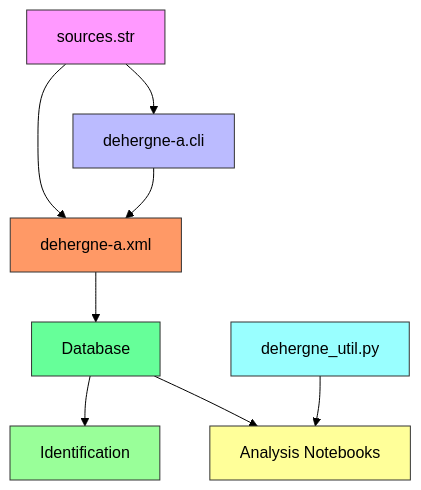
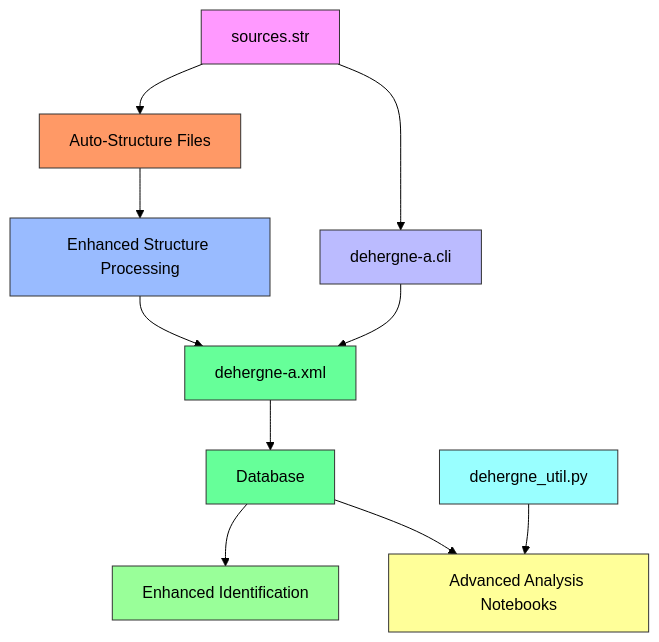
The eighth of 8 diagrams in .qoder/repowiki/en/content/Processing Pipeline/Kleio Processing Workflow.md (joaquimrcarvalho/dehergne-locations), drawn with Mermaid (forest theme) before and after one commit. The commit also changed other lines of this file and 8 other files, not shown here.

````diff
--- a/.qoder/repowiki/en/content/Processing Pipeline/Kleio Processing Workflow.md
+++ b/.qoder/repowiki/en/content/Processing Pipeline/Kleio Processing Workflow.md
@@ -242,17 +377,21 @@
 ```mermaid
 graph TD
 A[sources.str] --> B[dehergne-a.cli]
-A --> C[dehergne-a.xml]
-B --> C
-C --> D[Database]
-D --> E[Identification]
-D --> F[Analysis Notebooks]
-G[dehergne_util.py] --> F
+A --> C[Auto-Structure Files]
+C --> D[Enhanced Structure Processing]
+D --> E[dehergne-a.xml]
+B --> E
+E --> F[Database]
+F --> G[Enhanced Identification]
+F --> H[Advanced Analysis Notebooks]
+I[dehergne_util.py] --> H
 style A fill:#f9f,stroke:#333
 style B fill:#bbf,stroke:#333
 style C fill:#f96,stroke:#333
-style D fill:#6f9,stroke:#333
-style E fill:#9f9,stroke:#333
-style F fill:#ff9,stroke:#333
-style G fill:#9ff,stroke:#333
+style D fill:#9bf,stroke:#333
+style E fill:#6f9,stroke:#333
+style F fill:#6f9,stroke:#333
+style G fill:#9f9,stroke:#333
+style H fill:#ff9,stroke:#333
+style I fill:#9ff,stroke:#333
 ```
````
